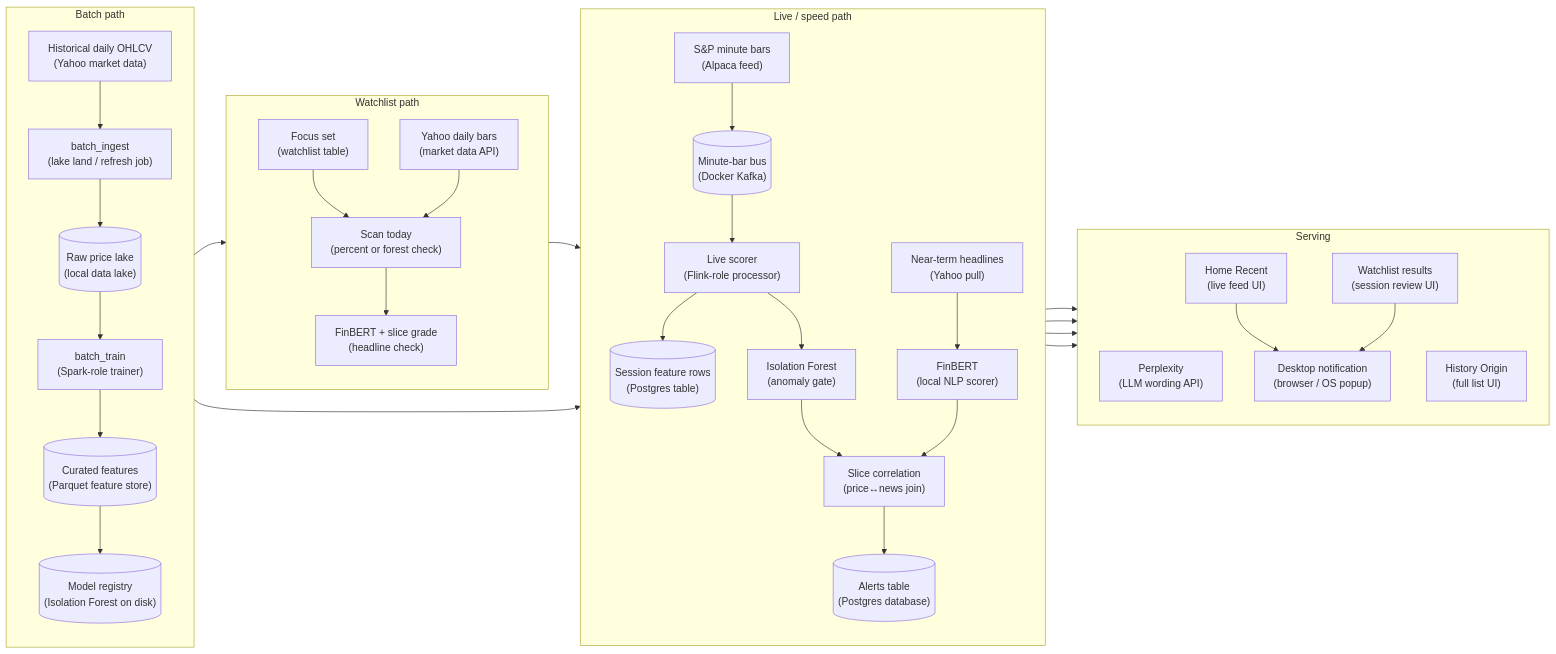
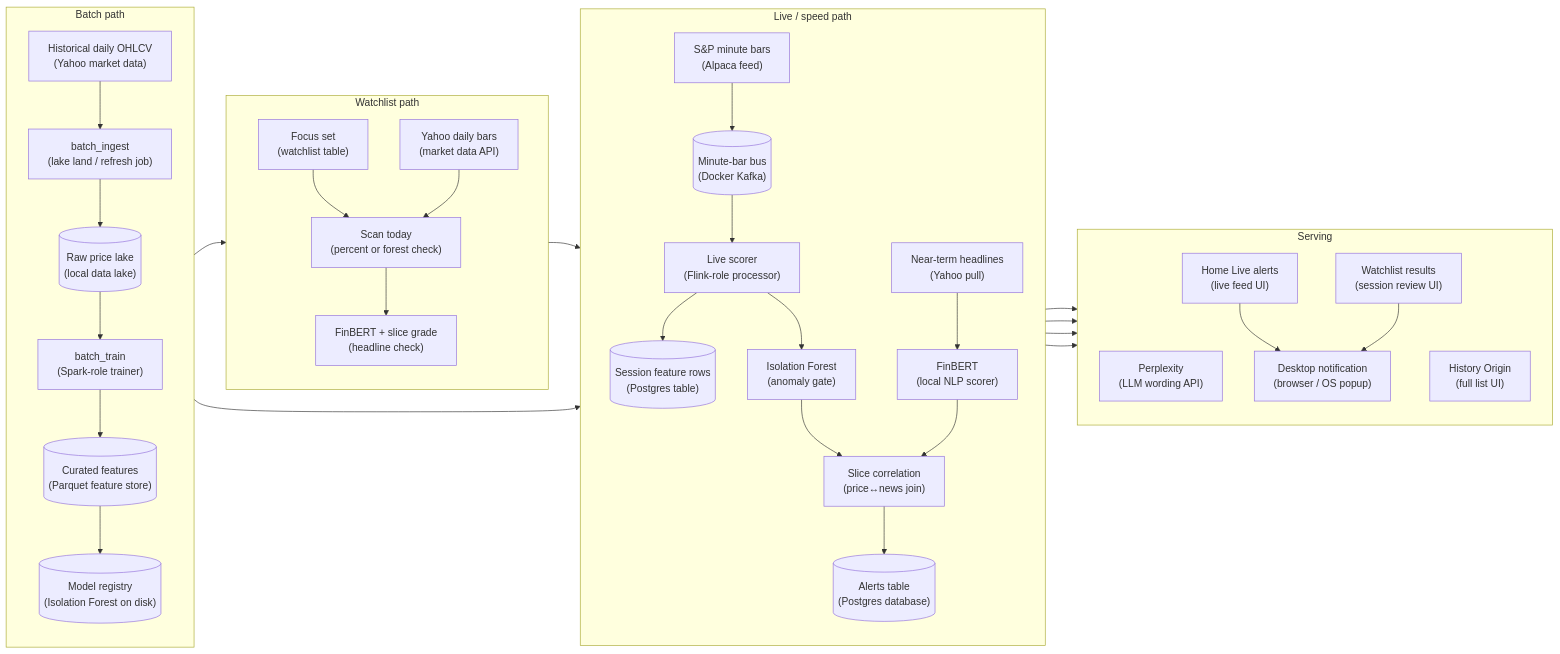
One commit to sameerde4/ticker-alert-system changed the seventh of 10 diagrams in docs/architecture.md. Above: the diagram before and after it, drawn with Mermaid. The commit also changed other lines of this file and 8 other files, not shown here.

First line of the commit message:
Rename Home Recent alerts to Live alerts.

````diff
--- a/docs/architecture.md
+++ b/docs/architecture.md
@@ -354,43 +354,43 @@
 ```mermaid
 flowchart LR
     subgraph batch [Batch path]
         direction TB
         HIST_PX["Historical daily OHLCV<br/>(Yahoo market data)"] --> BATCH["batch_ingest<br/>(lake land / refresh job)"]
         BATCH --> RAW[("Raw price lake<br/>(local data lake)")]
         RAW --> TRAIN_JOB["batch_train<br/>(Spark-role trainer)"]
         TRAIN_JOB --> CURATED[("Curated features<br/>(Parquet feature store)")]
         CURATED --> REG[("Model registry<br/>(Isolation Forest on disk)")]
     end
 
     subgraph live [Live / speed path]
         direction TB
         BARS_LIVE["S&P minute bars<br/>(Alpaca feed)"] --> KAFKA[("Minute-bar bus<br/>(Docker Kafka)")]
         KAFKA --> LIVE_SCORE["Live scorer<br/>(Flink-role processor)"]
         REG --> LIVE_SCORE
         LIVE_SCORE --> TS[("Session feature rows<br/>(Postgres table)")]
         LIVE_SCORE --> ANOM["Isolation Forest<br/>(anomaly gate)"]
         LIVE_NEWS["Near-term headlines<br/>(Yahoo pull)"] --> SENT["FinBERT<br/>(local NLP scorer)"]
         ANOM --> CORR["Slice correlation<br/>(price↔news join)"]
         SENT --> CORR
         CORR --> ALERTS[("Alerts table<br/>(Postgres database)")]
     end
 
     subgraph watch [Watchlist path]
         direction TB
         FOCUS["Focus set<br/>(watchlist table)"] --> RUNCHK["Scan today<br/>(percent or forest check)"]
         DAY["Yahoo daily bars<br/>(market data API)"] --> RUNCHK
         REG --> RUNCHK
         RUNCHK --> SENT2["FinBERT + slice grade<br/>(headline check)"]
         SENT2 --> ALERTS
     end
 
     subgraph serve [Serving]
         direction TB
         ALERTS --> PPLX["Perplexity<br/>(LLM wording API)"]
-        ALERTS --> HOME["Home Recent<br/>(live feed UI)"]
+        ALERTS --> HOME["Home Live alerts<br/>(live feed UI)"]
         ALERTS --> WATCHUI["Watchlist results<br/>(session review UI)"]
         ALERTS --> HIST["History Origin<br/>(full list UI)"]
         HOME --> NOTE["Desktop notification<br/>(browser / OS popup)"]
         WATCHUI --> NOTE
     end
 ```
````
